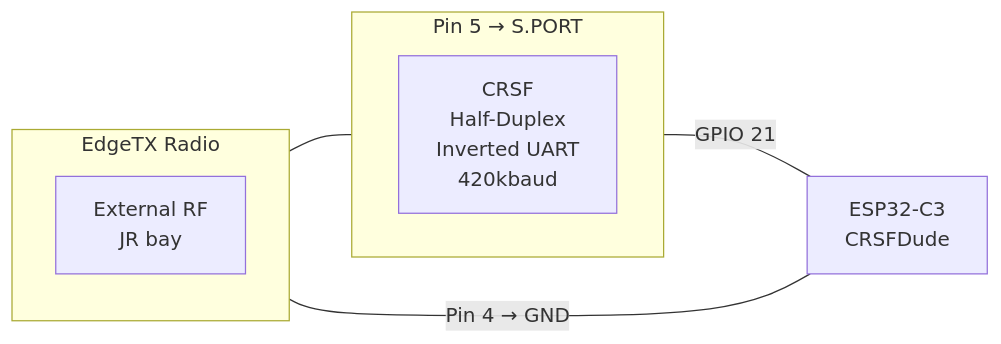
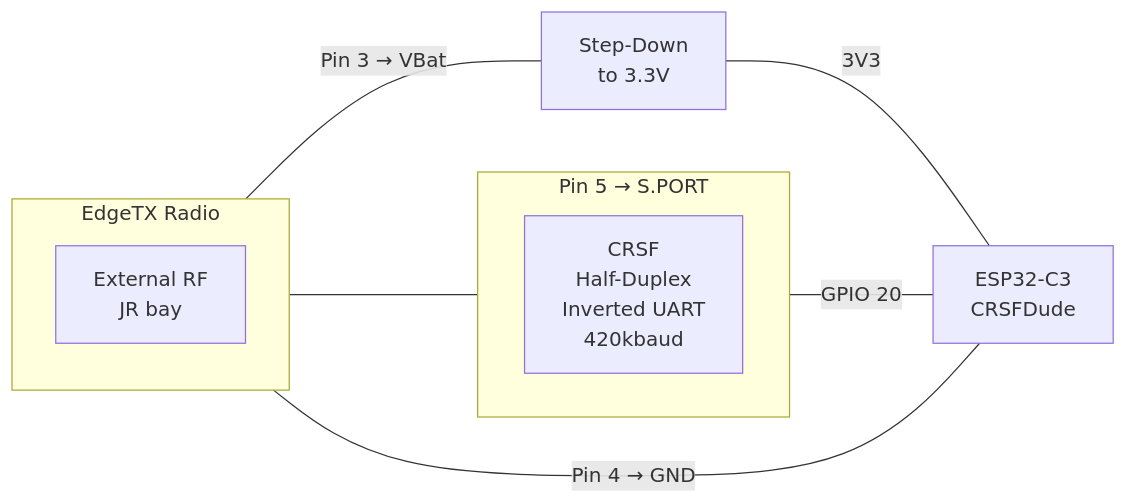
One commit to rngtng/CRSFDude changed the diagram in README.md. Above: the diagram before and after it, drawn with Mermaid. The commit also changed other lines of this file, not shown here.

Commit message:
docs: add JR bay Pin 3 power supply to architecture
Pin 3 provides radio battery voltage — needs step-down converter
to 3.3V for ESP32-C3. Updated diagram and hardware section.

````diff
--- a/README.md
+++ b/README.md
@@ -7,15 +7,17 @@
 ```mermaid
 graph LR
     subgraph "EdgeTX Radio"
         direction TB
         Radio[External RF<br/>JR bay]
     end
-    Radio -- "Pin 4 → GND" --- ESP[ESP32-C3<br/>CRSFDude]
 
-    subgraph "Pin 5 →  S.PORT"
+    Radio -- "Pin 3 → VBat" --- DC[Step-Down<br/>to 3.3V] -- "3V3" --- ESP[ESP32-C3<br/>CRSFDude]
+    Radio -- "Pin 4 → GND" --- ESP
+
+    subgraph "Pin 5 → S.PORT"
         direction LR
         HD[CRSF<br/>Half-Duplex<br/>Inverted UART<br/>420kbaud]
     end
 
-    Radio --- HD -- GPIO 21 --- ESP
+    Radio --- HD -- "GPIO 20" --- ESP
 ```
````
